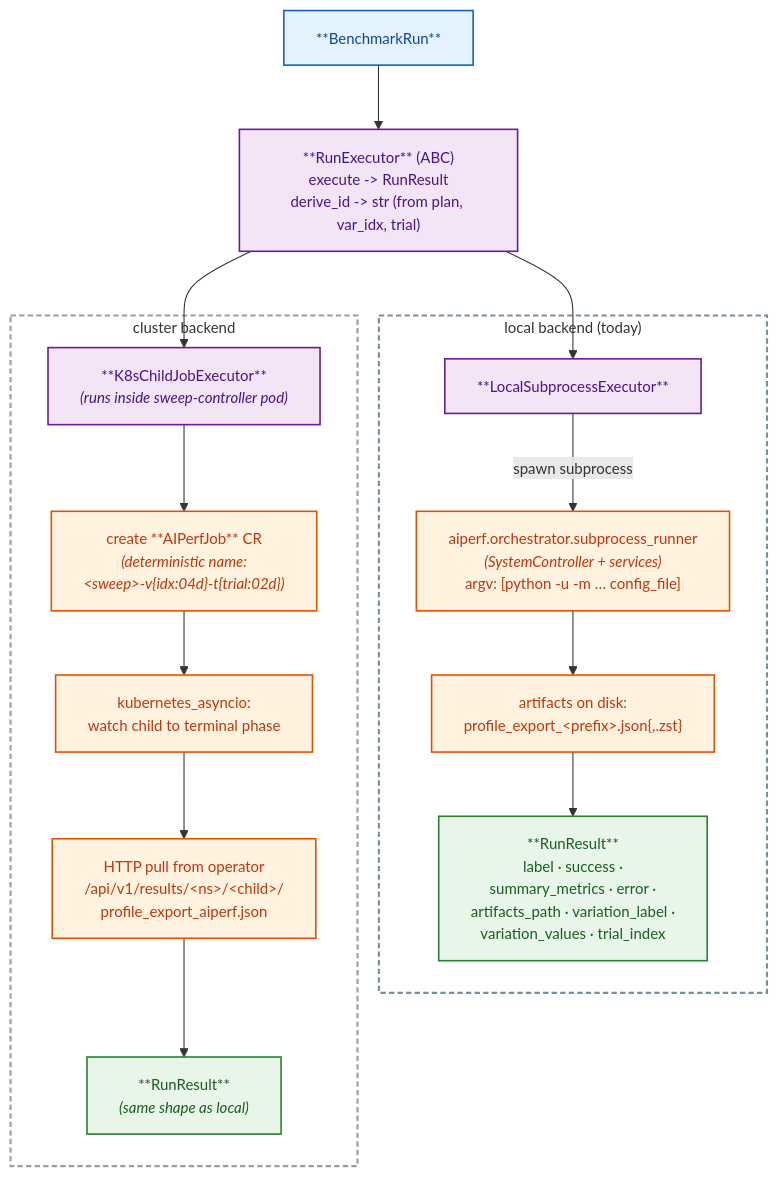
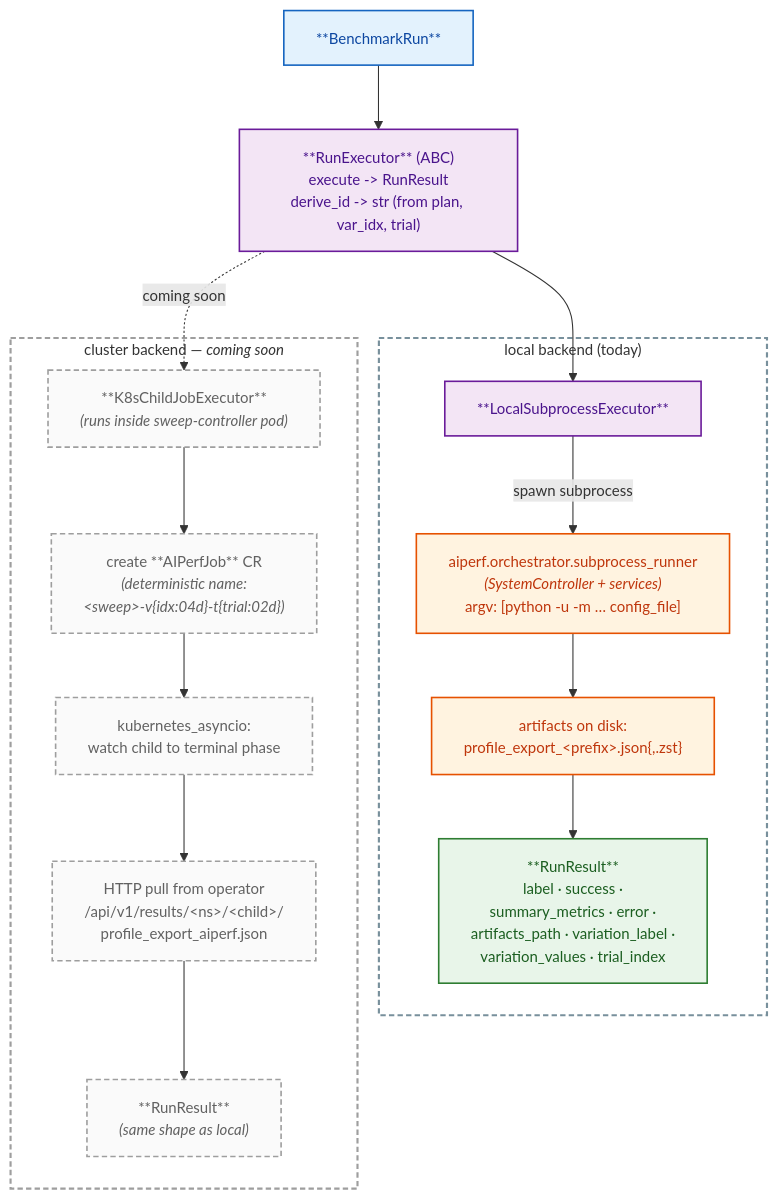
Diagram 24 of 35 in docs/dev/sweep-orchestrator.md (ai-dynamo/aiperf), drawn with Mermaid before and after one commit. The commit also changed other lines of this file and 197 other files, not shown here.

````diff
--- a/docs/dev/sweep-orchestrator.md
+++ b/docs/dev/sweep-orchestrator.md
@@ -1285,48 +1277,47 @@
 ```mermaid
 %%{init: {'flowchart': {'nodeSpacing': 50, 'rankSpacing': 60, 'htmlLabels': true}, 'themeVariables': {'fontSize': '14px'}}}%%
 flowchart TD
     run["**BenchmarkRun**"] --> abc["**RunExecutor** (ABC)<br/>execute -> RunResult<br/>derive_id -> str (from plan, var_idx, trial)"]
 
     subgraph LOCAL_BACKEND["local backend (today)"]
         loc["**LocalSubprocessExecutor**"]
         sub["aiperf.orchestrator.subprocess_runner<br/><i>(SystemController + services)</i><br/>argv: [python -u -m … config_file]"]
         jr["artifacts on disk:<br/>profile_export_&lt;prefix&gt;.json{,.zst}"]
         rrl["**RunResult**<br/>label · success ·<br/>summary_metrics · error ·<br/>artifacts_path · variation_label ·<br/>variation_values · trial_index"]
     end
 
-    subgraph K8S_BACKEND["cluster backend"]
+    subgraph K8S_BACKEND["cluster backend &mdash; <i>coming soon</i>"]
         k8s["**K8sChildJobExecutor**<br/><i>(runs inside sweep-controller pod)</i>"]
         cr["create **AIPerfJob** CR<br/><i>(deterministic name:<br/>&lt;sweep&gt;-v{idx:04d}-t{trial:02d})</i>"]
         watch["kubernetes_asyncio:<br/>watch child to terminal phase"]
         pull["HTTP pull from operator<br/>/api/v1/results/&lt;ns&gt;/&lt;child&gt;/<br/>profile_export_aiperf.json"]
         rrk["**RunResult**<br/><i>(same shape as local)</i>"]
     end
 
     abc --> loc
-    abc --> k8s
+    abc -.->|"coming soon"| k8s
 
     loc -->|spawn subprocess| sub
     sub --> jr
     jr --> rrl
 
     k8s --> cr
     cr --> watch
     watch --> pull
     pull --> rrk
 
     classDef data fill:#e3f2fd,stroke:#1565c0,stroke-width:1.5px,color:#0d47a1
     classDef decision fill:#f3e5f5,stroke:#6a1b9a,stroke-width:1.5px,color:#4a148c
     classDef proc fill:#fff3e0,stroke:#e65100,stroke-width:1.5px,color:#bf360c
     classDef art fill:#e8f5e9,stroke:#2e7d32,stroke-width:1.5px,color:#1b5e20
+    classDef coming fill:#fafafa,stroke:#9e9e9e,stroke-width:1.5px,stroke-dasharray:5 3,color:#616161
 
     class run data
     class abc,loc decision
     class sub,jr proc
     class rrl art
-    class k8s decision
-    class cr,watch,pull proc
-    class rrk art
+    class k8s,cr,watch,pull,rrk coming
 
     style LOCAL_BACKEND fill:transparent,stroke:#78909c,stroke-width:2px,stroke-dasharray:5 3
     style K8S_BACKEND fill:transparent,stroke:#9e9e9e,stroke-width:2px,stroke-dasharray:5 3
 ```
````
